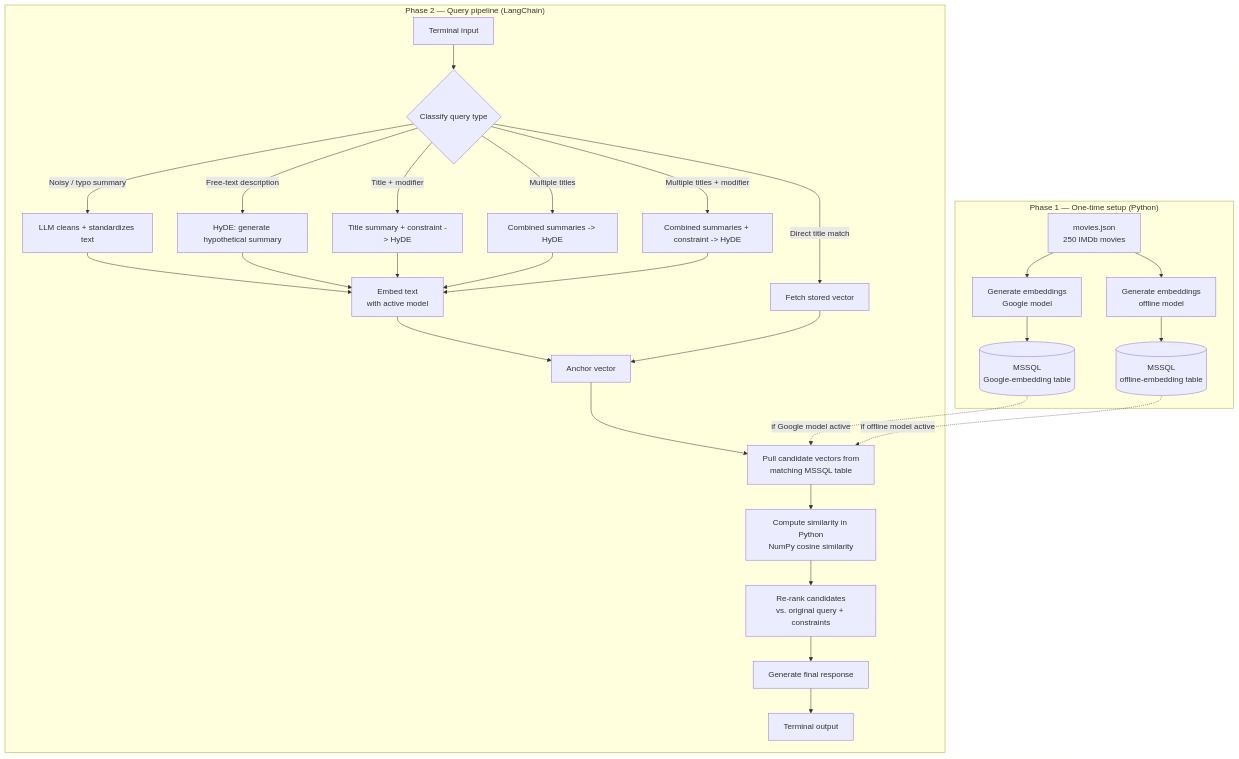
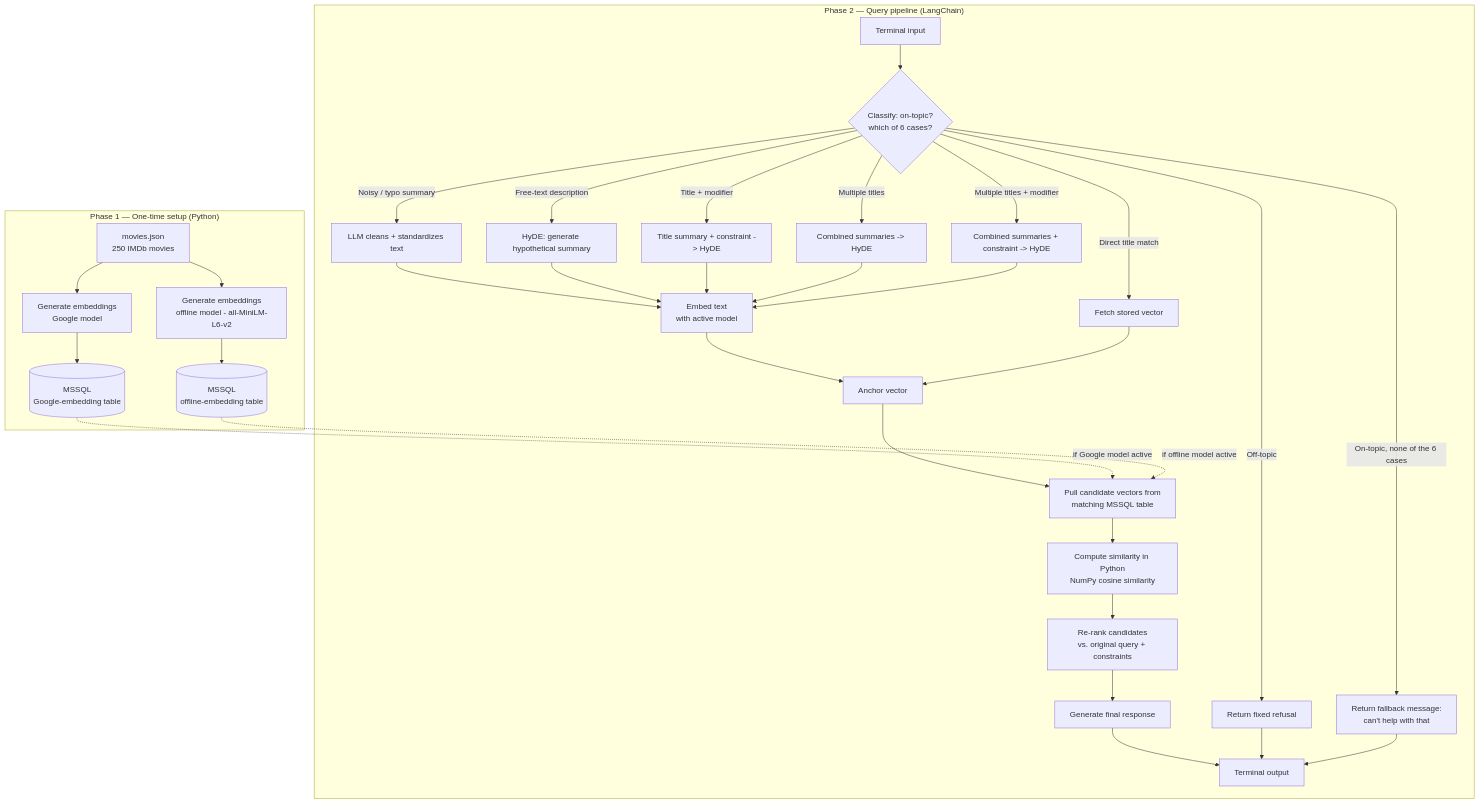
One commit to MohamadRezaRS/askcael-demo changed the diagram in README.md. Above: the diagram before and after it, drawn with Mermaid. The commit also changed other lines of this file, not shown here.

````diff
--- a/README.md
+++ b/README.md
@@ -15,36 +15,40 @@
 ```mermaid
 flowchart TD
     subgraph Setup["Phase 1 — One-time setup (Python)"]
         A[movies.json<br/>250 IMDb movies] --> B1[Generate embeddings<br/>Google model]
-        A --> B2[Generate embeddings<br/>offline model]
+        A --> B2[Generate embeddings<br/>offline model - all-MiniLM-L6-v2]
         B1 --> C1[(MSSQL<br/>Google-embedding table)]
         B2 --> C2[(MSSQL<br/>offline-embedding table)]
     end
 
     subgraph Runtime["Phase 2 — Query pipeline (LangChain)"]
-        D[Terminal input] --> E{Classify query type}
+        D[Terminal input] --> E{Classify: on-topic?<br/>which of 6 cases?}
+        E -->|Off-topic| X[Return fixed refusal]
         E -->|Noisy / typo summary| F[LLM cleans + standardizes text]
         E -->|Free-text description| G[HyDE: generate hypothetical summary]
         E -->|Direct title match| H[Fetch stored vector]
         E -->|Title + modifier| I[Title summary + constraint -> HyDE]
         E -->|Multiple titles| J[Combined summaries -> HyDE]
         E -->|Multiple titles + modifier| K[Combined summaries + constraint -> HyDE]
+        E -->|On-topic, none of the 6 cases| Y[Return fallback message:<br/>can't help with that]
 
         F --> L[Embed text<br/>with active model]
         G --> L
         I --> L
         J --> L
         K --> L
         L --> M[Anchor vector]
         H --> M
 
         M --> N[Pull candidate vectors from<br/>matching MSSQL table]
         N --> N2[Compute similarity in Python<br/>NumPy cosine similarity]
         N2 --> O[Re-rank candidates<br/>vs. original query + constraints]
         O --> Q[Generate final response]
         Q --> R[Terminal output]
+        X --> R
+        Y --> R
     end
 
     C1 -.if Google model active.-> N
     C2 -.if offline model active.-> N
 ```
````
